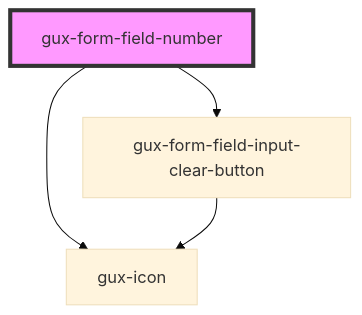
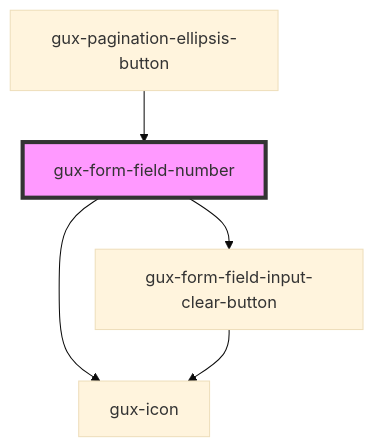
One commit to MyPureCloud/genesys-spark changed the diagram in packages/genesys-spark-components/src/components/stable/gux-form-field/components/gux-form-field-number/readme.md. Above: the diagram before and after it, drawn with Mermaid (base theme). The commit also changed other lines of this file and 17 other files, not shown here.

````diff
--- a/packages/genesys-spark-components/src/components/stable/gux-form-field/components/gux-form-field-number/readme.md
+++ b/packages/genesys-spark-components/src/components/stable/gux-form-field/components/gux-form-field-number/readme.md
@@ -54,7 +58,8 @@
 ```mermaid
 graph TD;
   gux-form-field-number --> gux-form-field-input-clear-button
   gux-form-field-number --> gux-icon
   gux-form-field-input-clear-button --> gux-icon
+  gux-pagination-ellipsis-button --> gux-form-field-number
   style gux-form-field-number fill:#f9f,stroke:#333,stroke-width:4px
 ```
````
